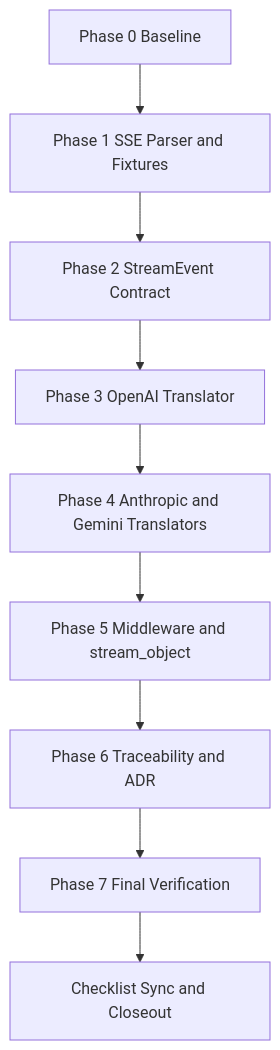
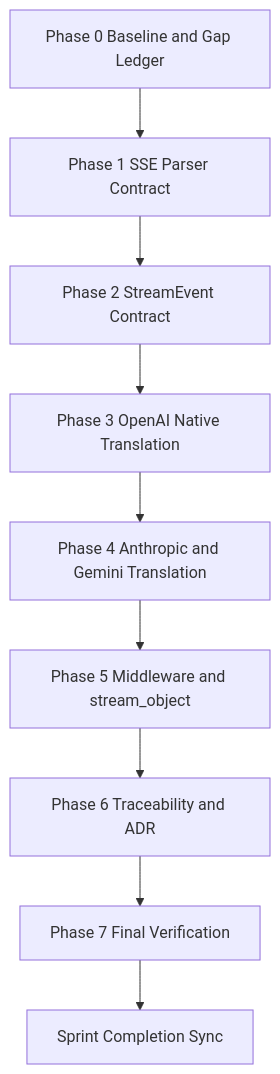
Before and after one commit to jaytaylor/attractor-tcl: the third of 5 diagrams in docs/sprints/SPRINT-005-comprehensive-implementation-plan.md, drawn with Mermaid. The commit also changed other lines of this file, not shown here.

Commit message:
docs(sprint-005): mark comprehensive implementation plan complete with verified evidence

````diff
--- a/docs/sprints/SPRINT-005-comprehensive-implementation-plan.md
+++ b/docs/sprints/SPRINT-005-comprehensive-implementation-plan.md
@@ -629,11 +1682,11 @@
 ```mermaid
 flowchart TD
-  A[Phase 0 Baseline] --> B[Phase 1 SSE Parser and Fixtures]
+  A[Phase 0 Baseline and Gap Ledger] --> B[Phase 1 SSE Parser Contract]
   B --> C[Phase 2 StreamEvent Contract]
-  C --> D[Phase 3 OpenAI Translator]
-  D --> E[Phase 4 Anthropic and Gemini Translators]
+  C --> D[Phase 3 OpenAI Native Translation]
+  D --> E[Phase 4 Anthropic and Gemini Translation]
   E --> F[Phase 5 Middleware and stream_object]
   F --> G[Phase 6 Traceability and ADR]
   G --> H[Phase 7 Final Verification]
-  H --> I[Checklist Sync and Closeout]
+  H --> I[Sprint Completion Sync]
 ```
````
